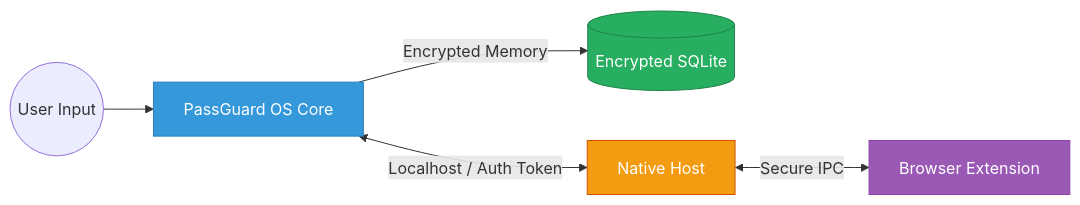
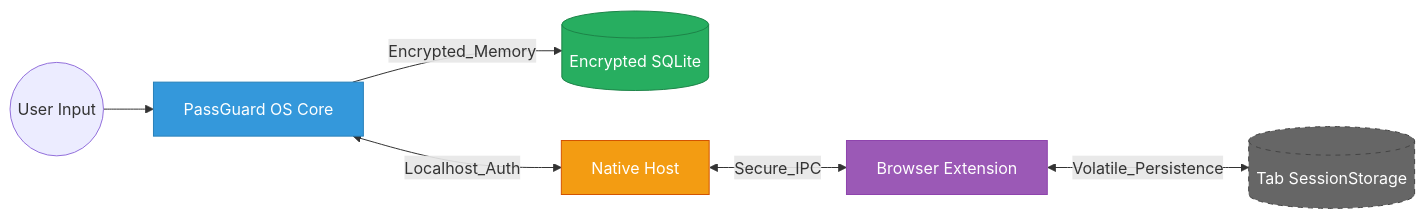
Before and after one commit to Nooch98/PassGuard-OS: the second of 2 diagrams in README.md, drawn with Mermaid. The commit also changed other lines of this file, not shown here.

Commit message:
New Extension function

````diff
--- a/README.md
+++ b/README.md
@@ -389,12 +405,14 @@
 ```mermaid
 graph LR
     User((User Input)) --> App[PassGuard OS Core]
-    App -->|Encrypted Memory| DB[(Encrypted SQLite)]
-    App <-->|Localhost / Auth Token| Bridge[Native Host]
-    Bridge <-->|Secure IPC| Ext[Browser Extension]
+    App -->|Encrypted_Memory| DB[(Encrypted SQLite)]
+    App <-->|Localhost_Auth| Bridge[Native Host]
+    Bridge <-->|Secure_IPC| Ext[Browser Extension]
+    Ext <-->|Volatile_Persistence| SS[(Tab SessionStorage)]
     
     style App fill:#3498db,stroke:#2980b9,color:#fff
     style DB fill:#27ae60,stroke:#1e8449,color:#fff
     style Bridge fill:#f39c12,stroke:#d35400,color:#fff
     style Ext fill:#9b59b6,stroke:#8e44ad,color:#fff
+    style SS fill:#666,stroke:#444,color:#fff,stroke-dasharray: 5 5
 ```
````
